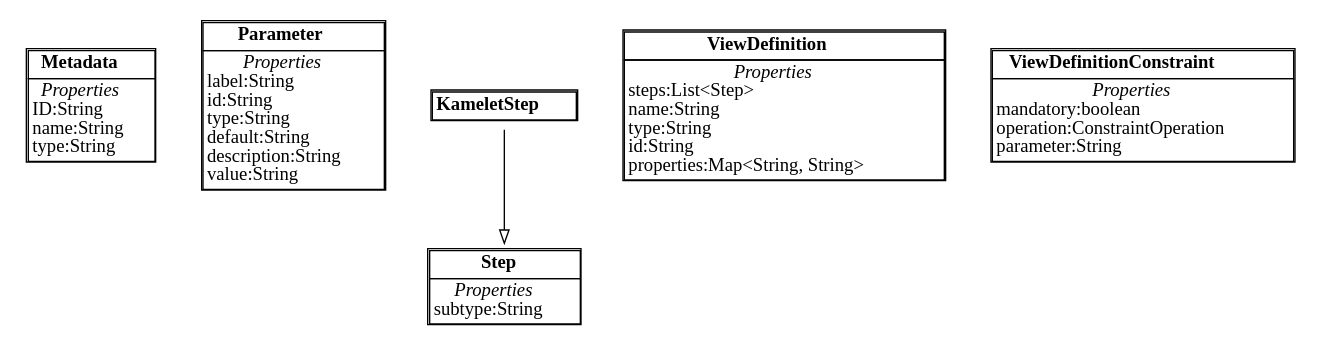
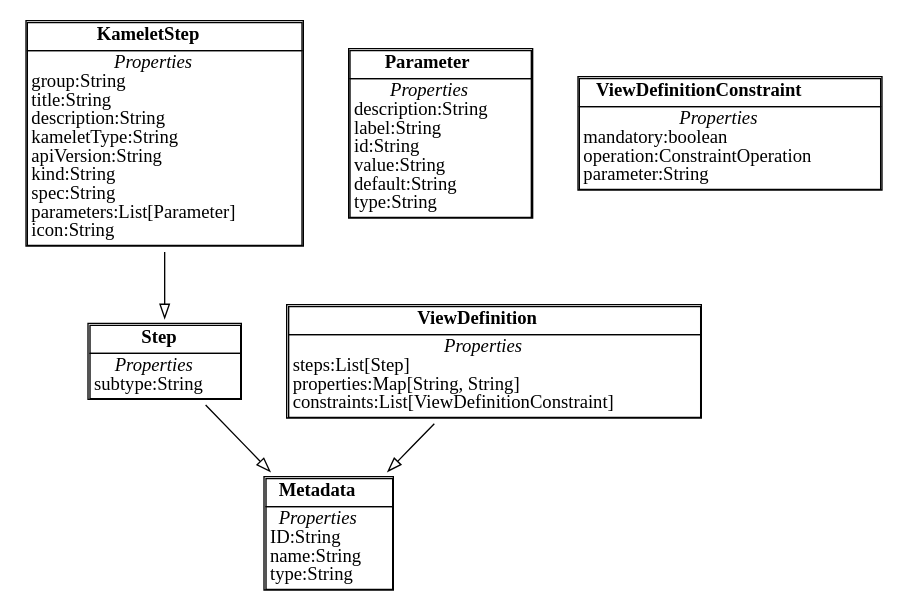
Before and after one commit to KaotoIO/kaoto-backend: the diagram in class-diagram-model.dot, drawn with Graphviz. The commit also changed 2 other files, not shown here.

```diff
--- a/class-diagram-model.dot
+++ b/class-diagram-model.dot
@@ -1,69 +1,76 @@
 digraph ClassDiagram {
 	node [shape=plaintext]
 	edge [arrowhead=empty];
 
 "Metadata" [ label = <<TABLE CELLSPACING="0">
 	<TR><TD><B>Metadata</B></TD></TR>
 	<TR><TD><I>Properties</I><BR/>
 ID:String<BR align="left" />name:String<BR align="left" />type:String<BR align="left" />
 
 </TD></TR>
 
 
 </TABLE>>]
 
 
 "Parameter" [ label = <<TABLE CELLSPACING="0">
 	<TR><TD><B>Parameter</B></TD></TR>
 	<TR><TD><I>Properties</I><BR/>
-label:String<BR align="left" />id:String<BR align="left" />type:String<BR align="left" />default:String<BR align="left" />description:String<BR align="left" />value:String<BR align="left" />
+description:String<BR align="left" />label:String<BR align="left" />id:String<BR align="left" />value:String<BR align="left" />default:String<BR align="left" />type:String<BR align="left" />
 
 </TD></TR>
 
 
 </TABLE>>]
 
 
 "Step" [ label = <<TABLE CELLSPACING="0">
 	<TR><TD><B>Step</B></TD></TR>
 	<TR><TD><I>Properties</I><BR/>
 subtype:String<BR align="left" />
 
 </TD></TR>
 
 
 </TABLE>>]
 
+	"Step" -> "Metadata"
 
 "KameletStep" [ label = <<TABLE CELLSPACING="0">
 	<TR><TD><B>KameletStep</B></TD></TR>
-	
+	<TR><TD><I>Properties</I><BR/>
+group:String<BR align="left" />title:String<BR align="left" />description:String<BR align="left" />kameletType:String<BR align="left" />apiVersion:String<BR align="left" />kind:String<BR align="left" />spec:String<BR align="left" />parameters:List[Parameter]<BR align="left" />icon:String<BR align="left" />
+
+</TD></TR>
+
+
 </TABLE>>]
 
 	"KameletStep" -> "Step"
 
 "ViewDefinition" [ label = <<TABLE CELLSPACING="0">
 	<TR><TD><B>ViewDefinition</B></TD></TR>
 	<TR><TD><I>Properties</I><BR/>
-steps:List&lt;Step&gt;<BR align="left" />name:String<BR align="left" />type:String<BR align="left" />id:String<BR align="left" />properties:Map&lt;String, String&gt;<BR align="left" />
+steps:List[Step]<BR align="left" />properties:Map[String, String]<BR align="left" />constraints:List[ViewDefinitionConstraint]<BR align="left" />
 
 </TD></TR>
 
 
 </TABLE>>]
 
+	"ViewDefinition" -> "Metadata"
 
 "ViewDefinitionConstraint" [ label = <<TABLE CELLSPACING="0">
 	<TR><TD><B>ViewDefinitionConstraint</B></TD></TR>
 	<TR><TD><I>Properties</I><BR/>
 mandatory:boolean<BR align="left" />operation:ConstraintOperation<BR align="left" />parameter:String<BR align="left" />
 
 </TD></TR>
 
 
 </TABLE>>]
 
 
 
 
 }
```
